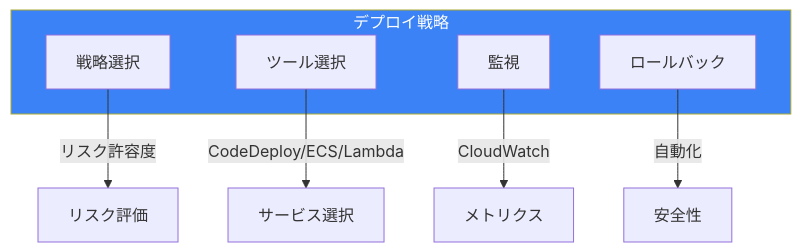
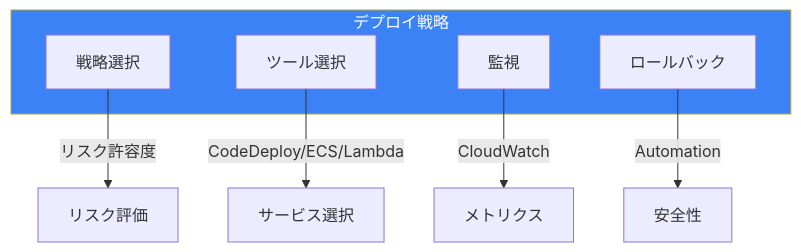
Diagram 12 of 12 in content/blog/ja/aws-deployment-strategies.md (shunkus/shunku.net), drawn with Mermaid before and after one commit. The commit also changed other lines of this file and 56 other files, not shown here.

````diff
--- a/content/blog/ja/aws-deployment-strategies.md
+++ b/content/blog/ja/aws-deployment-strategies.md
@@ -466,16 +466,16 @@
 ```mermaid
 flowchart TB
     subgraph Deployment["デプロイ戦略"]
         Strategy["戦略選択"]
         Tool["ツール選択"]
         Monitor["監視"]
         Rollback["ロールバック"]
     end
 
     Strategy --> |"リスク許容度"| Risk["リスク評価"]
     Tool --> |"CodeDeploy/ECS/Lambda"| Service["サービス選択"]
     Monitor --> |"CloudWatch"| Metrics["メトリクス"]
-    Rollback --> |"自動化"| Safety["安全性"]
+    Rollback --> |"Automation"| Safety["安全性"]
 
     style Deployment fill:#3b82f6,color:#fff
 ```
````
